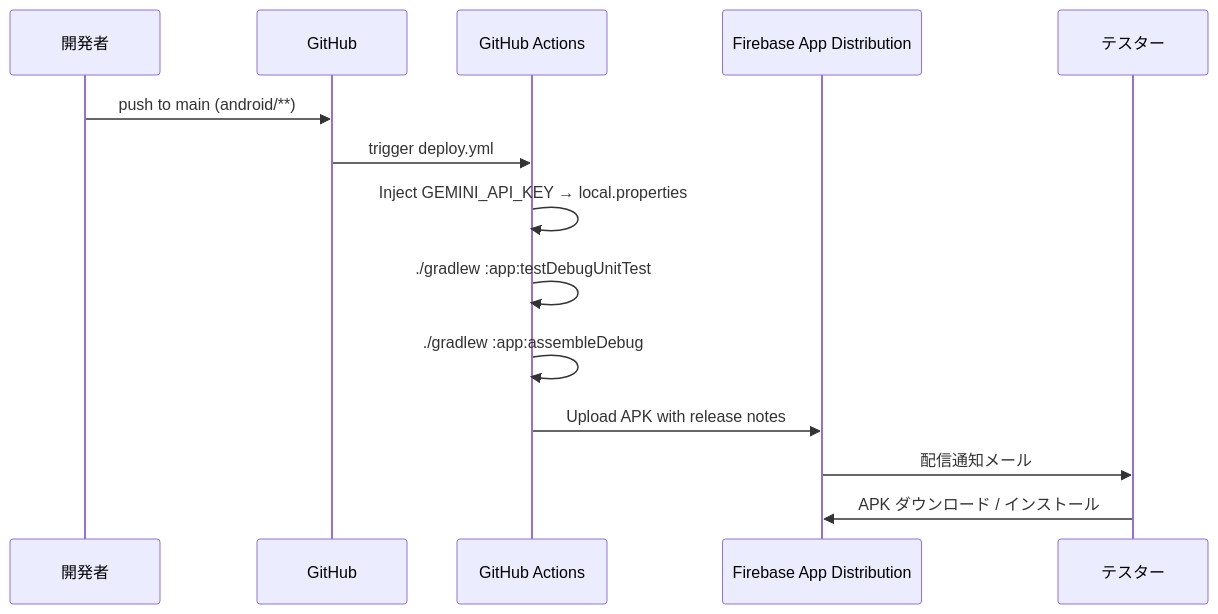
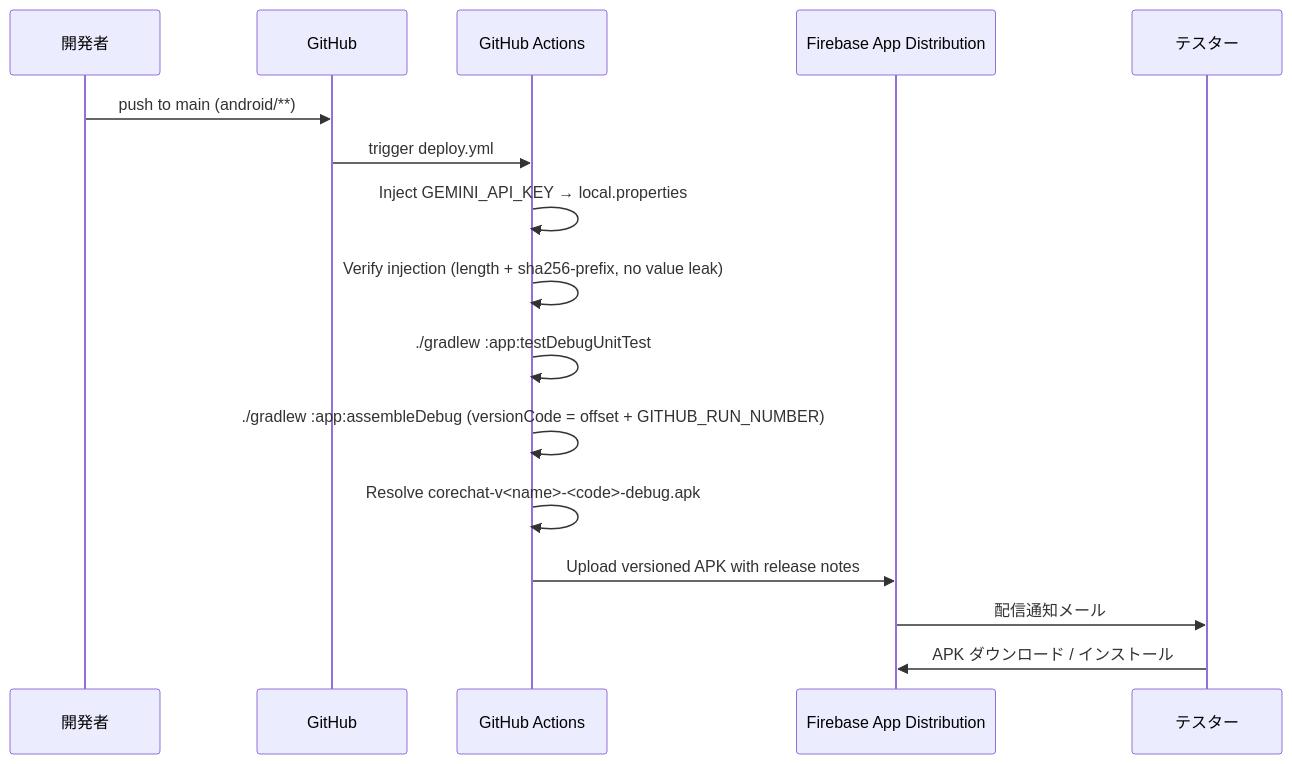
One commit to takahiro0428/pocket-brain-android-native changed the diagram in android/SETUP.md. Above: the diagram before and after it, drawn with Mermaid. The commit also changed other lines of this file and 3 other files, not shown here.

First line of the commit message:
fix(android): versionCode auto-increment + versioned APK filename + secret-injection verification

````diff
--- a/android/SETUP.md
+++ b/android/SETUP.md
@@ -93,17 +93,19 @@
 ```mermaid
 sequenceDiagram
     participant Dev as 開発者
     participant GH as GitHub
     participant CI as GitHub Actions
     participant FB as Firebase App Distribution
     participant Tester as テスター
 
     Dev->>GH: push to main (android/**)
     GH->>CI: trigger deploy.yml
     CI->>CI: Inject GEMINI_API_KEY → local.properties
+    CI->>CI: Verify injection (length + sha256-prefix, no value leak)
     CI->>CI: ./gradlew :app:testDebugUnitTest
-    CI->>CI: ./gradlew :app:assembleDebug
-    CI->>FB: Upload APK with release notes
+    CI->>CI: ./gradlew :app:assembleDebug (versionCode = offset + GITHUB_RUN_NUMBER)
+    CI->>CI: Resolve corechat-v<name>-<code>-debug.apk
+    CI->>FB: Upload versioned APK with release notes
     FB->>Tester: 配信通知メール
     Tester->>FB: APK ダウンロード / インストール
 ```
````
